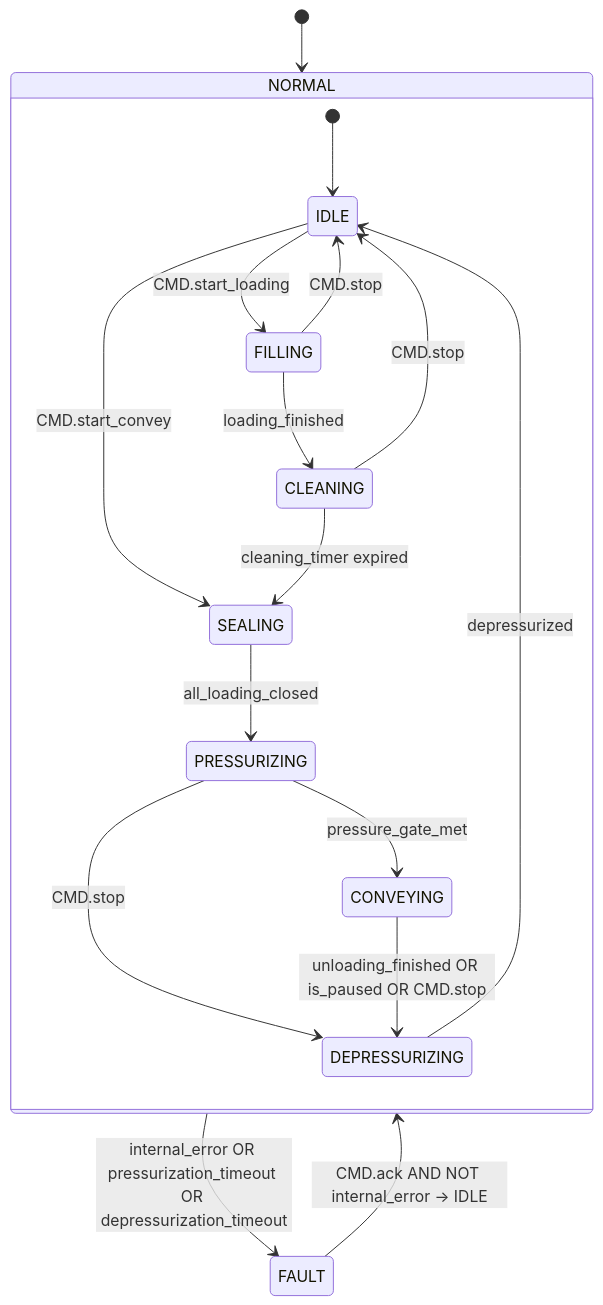
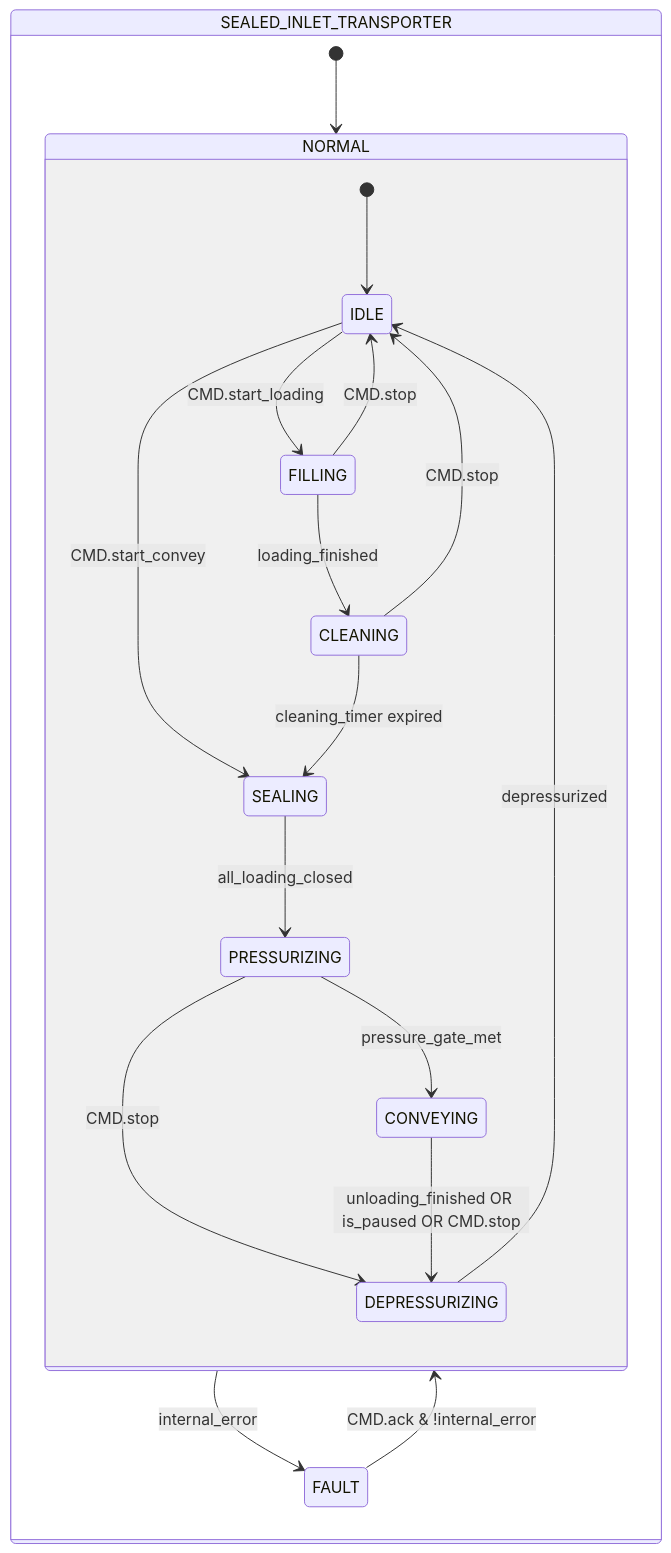
The second of 2 diagrams in docs/en/library/transporters/sealed-inlet/index.md (AleFire99/TIA_knowledge), drawn with Mermaid before and after one commit. The commit also changed other lines of this file and 17 other files, not shown here.

````diff
--- a/docs/en/library/transporters/sealed-inlet/index.md
+++ b/docs/en/library/transporters/sealed-inlet/index.md
@@ -167,21 +167,23 @@
 ```mermaid
 stateDiagram-v2
+state SEALED_INLET_TRANSPORTER{
     [*] --> NORMAL
-    NORMAL --> FAULT : internal_error OR pressurization_timeout OR depressurization_timeout
-    FAULT --> NORMAL : CMD.ack AND NOT internal_error → IDLE
+    NORMAL --> FAULT : internal_error
+    FAULT --> NORMAL : CMD.ack & !internal_error
 
     state NORMAL {
         [*] --> IDLE
         IDLE --> FILLING : CMD.start_loading
         IDLE --> SEALING : CMD.start_convey
         FILLING --> CLEANING : loading_finished
         FILLING --> IDLE : CMD.stop
         CLEANING --> SEALING : cleaning_timer expired
         CLEANING --> IDLE : CMD.stop
         SEALING --> PRESSURIZING : all_loading_closed
         PRESSURIZING --> CONVEYING : pressure_gate_met
         PRESSURIZING --> DEPRESSURIZING : CMD.stop
         CONVEYING --> DEPRESSURIZING : unloading_finished OR is_paused OR CMD.stop
         DEPRESSURIZING --> IDLE : depressurized
     }
+}
 ```
````
